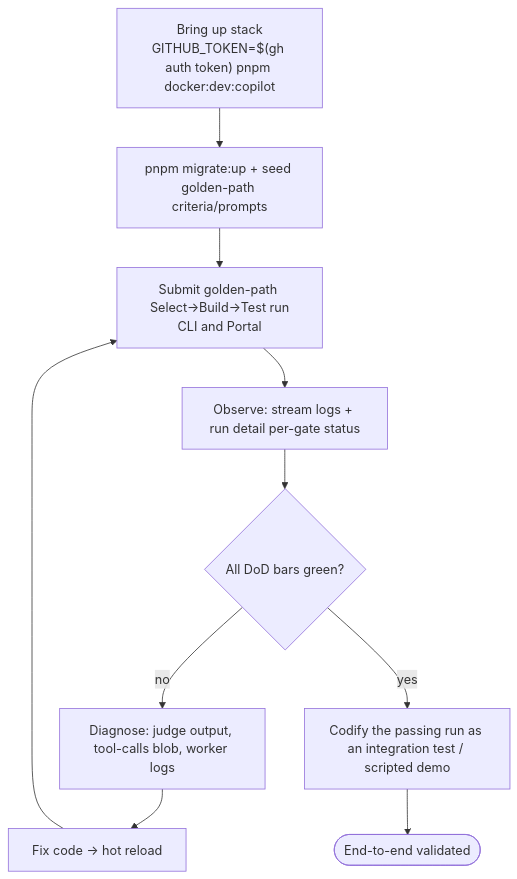
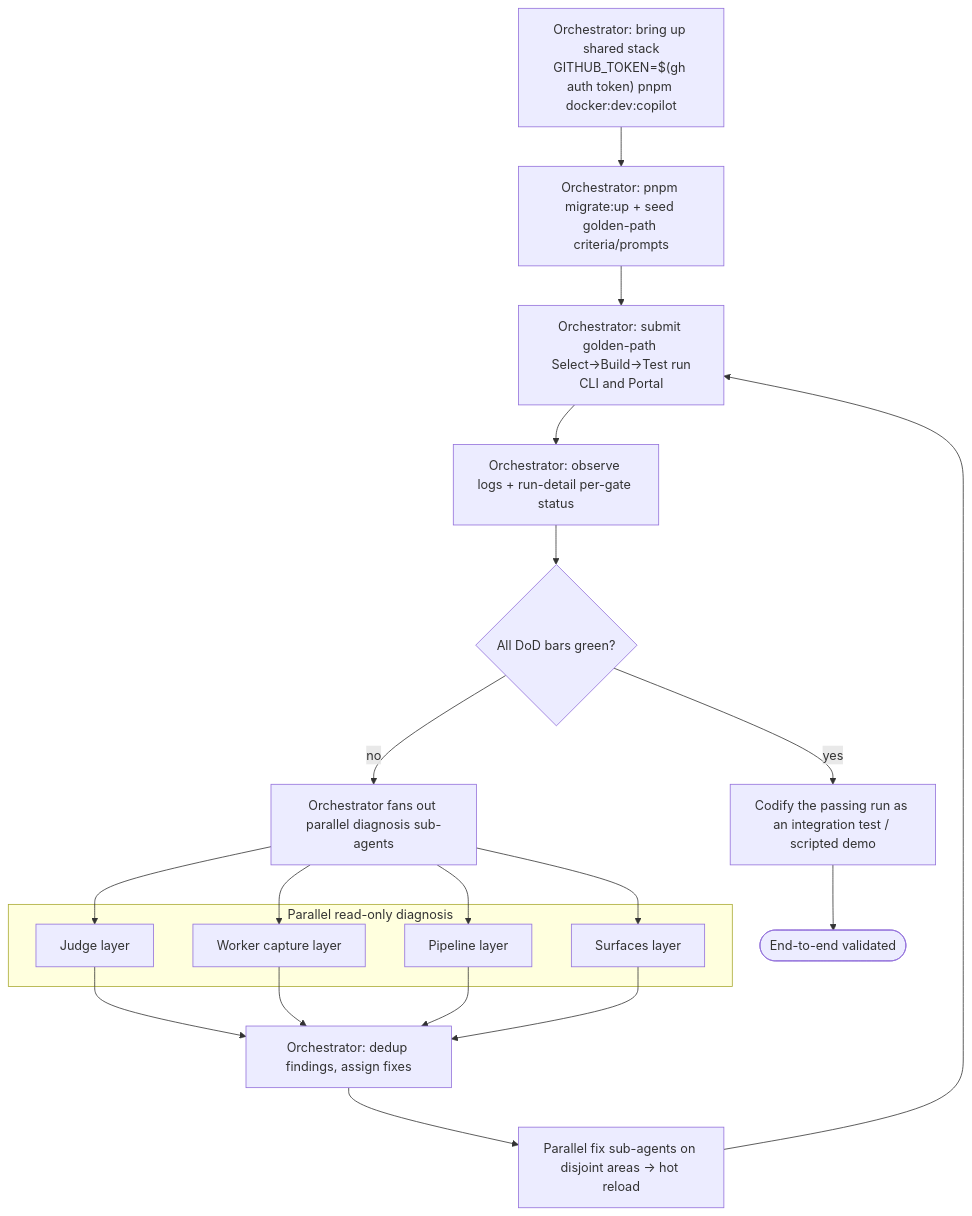
Before and after one commit to Gile987/scope: the first of 2 diagrams in docs/plans/gates.md, drawn with Mermaid. The commit also changed other lines of this file, not shown here.

First line of the commit message:
docs: orchestrate the Ralph loop across sub-agents

````diff
--- a/docs/plans/gates.md
+++ b/docs/plans/gates.md
@@ -87,12 +100,20 @@
 ```mermaid
 flowchart TD
-    Up["Bring up stack<br/>GITHUB_TOKEN=$(gh auth token) pnpm docker:dev:copilot"] --> Mig[pnpm migrate:up + seed golden-path criteria/prompts]
-    Mig --> Submit[Submit golden-path Select→Build→Test run<br/>CLI and Portal]
-    Submit --> Obs[Observe: stream logs + run detail per-gate status]
+    Up["Orchestrator: bring up shared stack<br/>GITHUB_TOKEN=$(gh auth token) pnpm docker:dev:copilot"] --> Mig[Orchestrator: pnpm migrate:up + seed golden-path criteria/prompts]
+    Mig --> Submit[Orchestrator: submit golden-path Select→Build→Test run<br/>CLI and Portal]
+    Submit --> Obs[Orchestrator: observe logs + run-detail per-gate status]
     Obs --> Check{All DoD bars green?}
-    Check -->|no| Diag[Diagnose: judge output, tool-calls blob, worker logs]
-    Diag --> Fix[Fix code → hot reload]
-    Fix --> Submit
     Check -->|yes| Codify[Codify the passing run as an integration test / scripted demo]
     Codify --> Done([End-to-end validated])
+    Check -->|no| Fan[Orchestrator fans out parallel diagnosis sub-agents]
+    subgraph Diagnose [Parallel read-only diagnosis]
+        D1[Judge layer]
+        D2[Worker capture layer]
+        D3[Pipeline layer]
+        D4[Surfaces layer]
+    end
+    Fan --> D1 & D2 & D3 & D4
+    D1 & D2 & D3 & D4 --> Merge[Orchestrator: dedup findings, assign fixes]
+    Merge --> Fix[Parallel fix sub-agents on disjoint areas → hot reload]
+    Fix --> Submit
 ```
````
